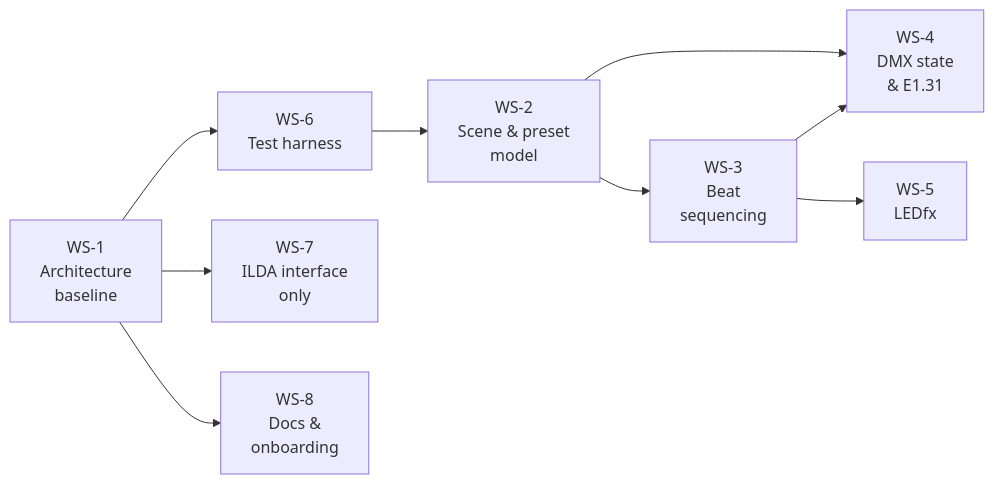
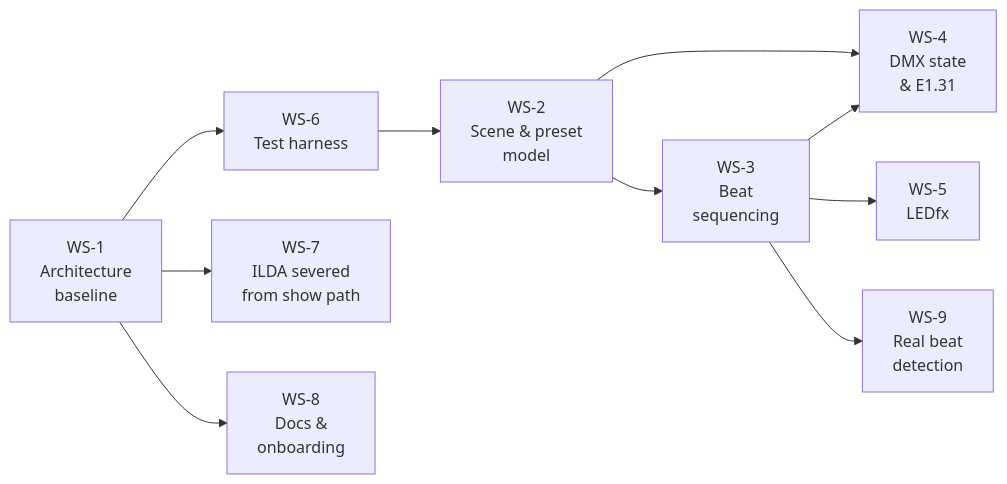
Before and after one commit to glane339/lightsappnew: the diagram in docs/current_sprint.md, drawn with Mermaid. The commit also changed other lines of this file and 23 other files, not shown here.

````diff
--- a/docs/current_sprint.md
+++ b/docs/current_sprint.md
@@ -11,11 +11,12 @@
 ```mermaid
 flowchart LR
     WS1["WS-1<br/>Architecture<br/>baseline"] --> WS6["WS-6<br/>Test harness"]
     WS6 --> WS2["WS-2<br/>Scene & preset<br/>model"]
     WS2 --> WS3["WS-3<br/>Beat<br/>sequencing"]
     WS2 --> WS4["WS-4<br/>DMX state<br/>& E1.31"]
     WS3 --> WS4
     WS3 --> WS5["WS-5<br/>LEDfx"]
-    WS1 --> WS7["WS-7<br/>ILDA interface<br/>only"]
+    WS1 --> WS7["WS-7<br/>ILDA severed<br/>from show path"]
     WS1 --> WS8["WS-8<br/>Docs &<br/>onboarding"]
+    WS3 --> WS9["WS-9<br/>Real beat<br/>detection"]
 ```
````
